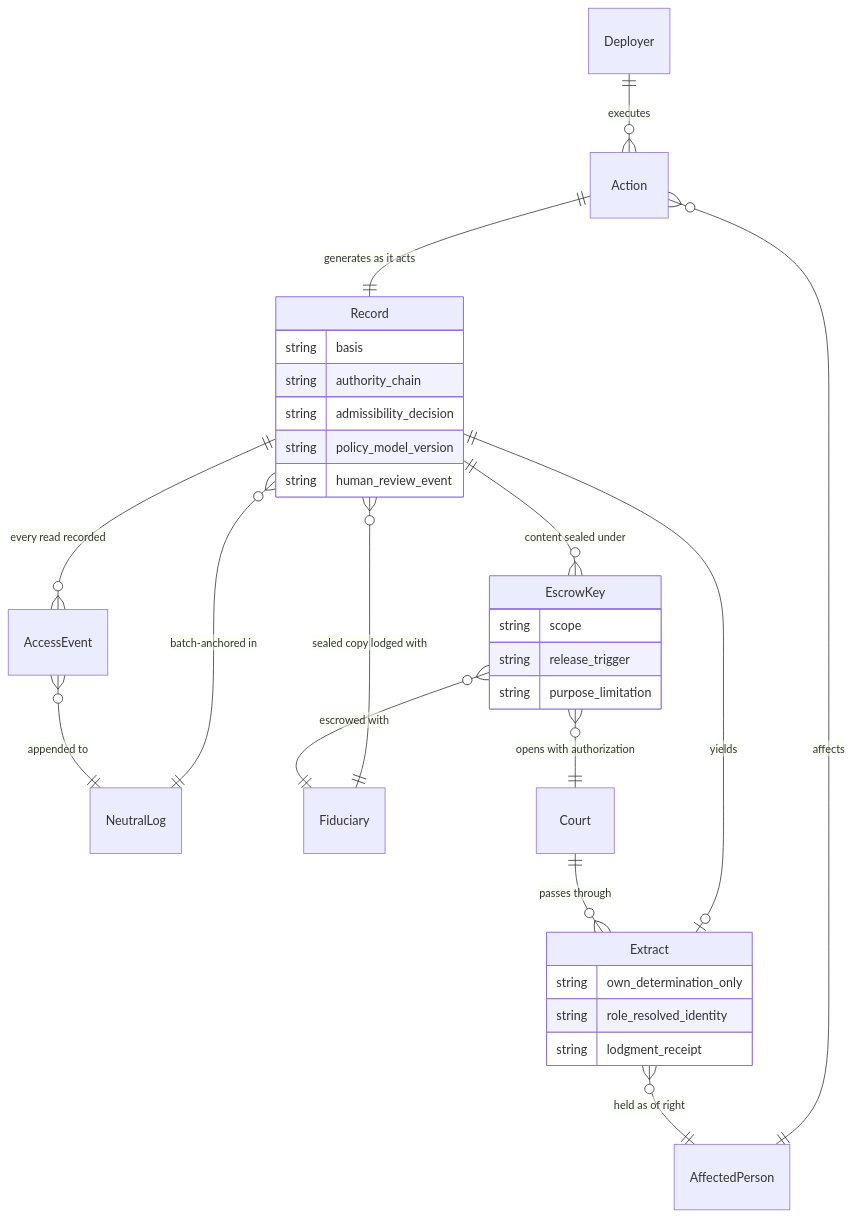
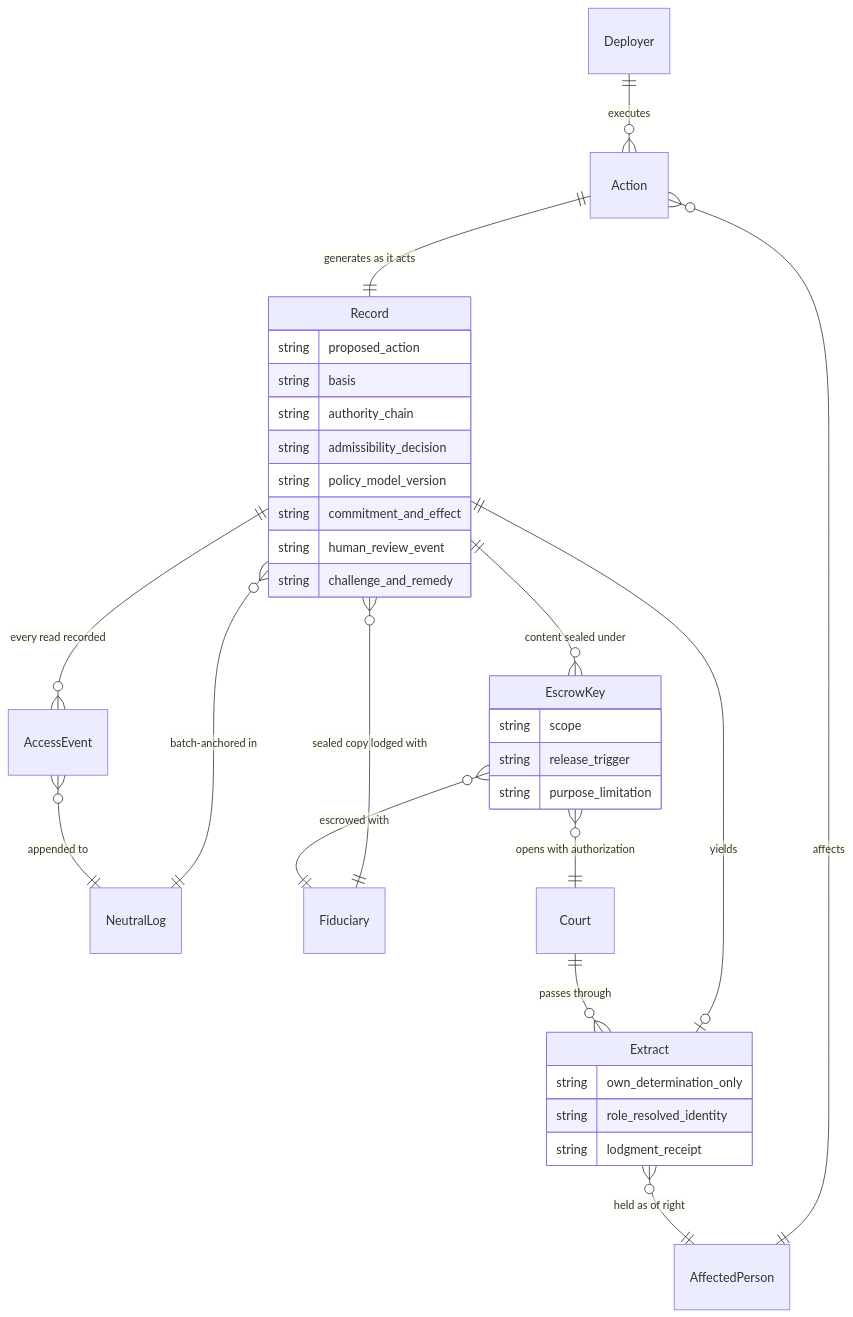
The diagram in docs/wip/split-custody-per-action-records.md (robertschaub/our-ai-charter), drawn with Mermaid before and after one commit. The commit also changed other lines of this file and 5 other files, not shown here.

Commit message:
docs(charter): add consequential-action baseline

````diff
--- a/docs/wip/split-custody-per-action-records.md
+++ b/docs/wip/split-custody-per-action-records.md
@@ -33,34 +33,37 @@
 ```mermaid
 erDiagram
   Deployer ||--o{ Action : "executes"
   Action }o--|| AffectedPerson : "affects"
   Action ||--|| Record : "generates as it acts"
   Record }o--|| NeutralLog : "batch-anchored in"
   Record }o--|| Fiduciary : "sealed copy lodged with"
   Record ||--o| Extract : "yields"
   Extract }o--|| AffectedPerson : "held as of right"
   Record ||--o{ EscrowKey : "content sealed under"
   EscrowKey }o--|| Fiduciary : "escrowed with"
   EscrowKey }o--|| Court : "opens with authorization"
   Court ||--o{ Extract : "passes through"
   Record ||--o{ AccessEvent : "every read recorded"
   AccessEvent }o--|| NeutralLog : "appended to"
 
   Record {
+    string proposed_action
     string basis
     string authority_chain
     string admissibility_decision
     string policy_model_version
+    string commitment_and_effect
     string human_review_event
+    string challenge_and_remedy
   }
   Extract {
     string own_determination_only
     string role_resolved_identity
     string lodgment_receipt
   }
   EscrowKey {
     string scope
     string release_trigger
     string purpose_limitation
   }
 ```
````
